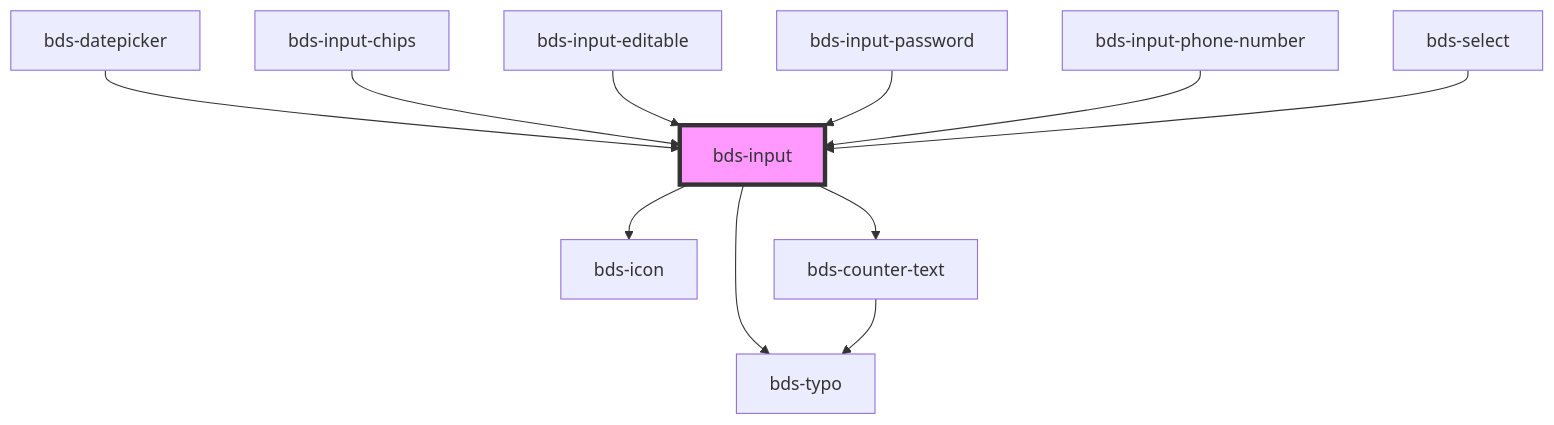
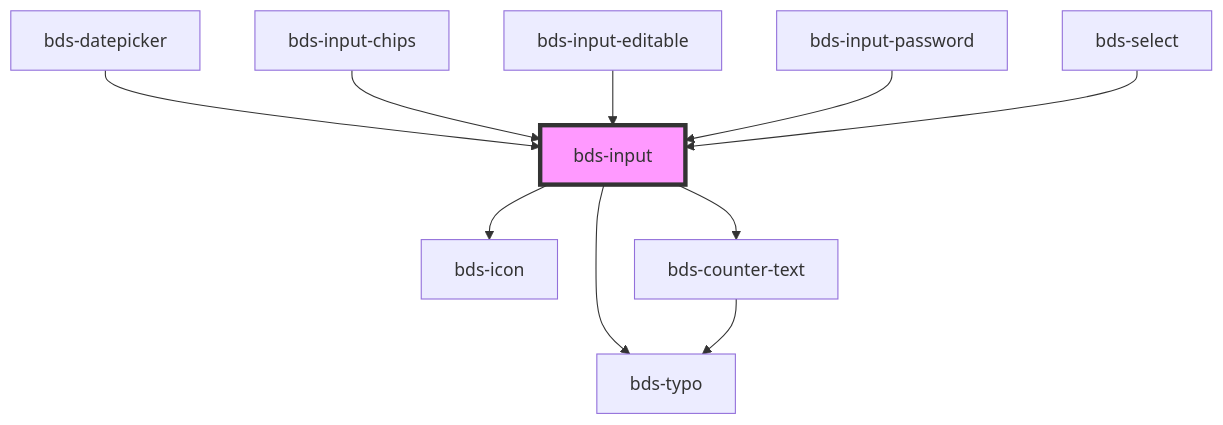
One commit to takenet/blip-ds changed the diagram in src/components/input/readme.md. Above: the diagram before and after it, drawn with Mermaid. The commit also changed other lines of this file and 4 other files, not shown here.

Commit message:
fix(input-phone-number): uncapsulate input from input-phone-number

````diff
--- a/src/components/input/readme.md
+++ b/src/components/input/readme.md
@@ -138,14 +137,13 @@
 ```mermaid
 graph TD;
   bds-input --> bds-icon
   bds-input --> bds-typo
   bds-input --> bds-counter-text
   bds-counter-text --> bds-typo
   bds-datepicker --> bds-input
   bds-input-chips --> bds-input
   bds-input-editable --> bds-input
   bds-input-password --> bds-input
-  bds-input-phone-number --> bds-input
   bds-select --> bds-input
   style bds-input fill:#f9f,stroke:#333,stroke-width:4px
 ```
````
